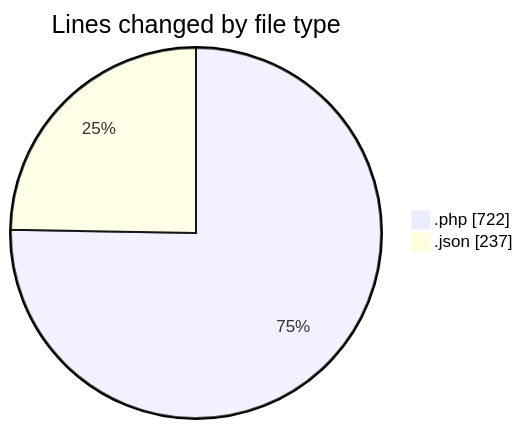
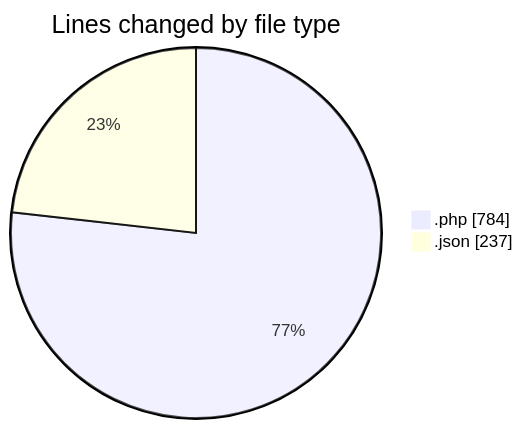
Before and after one commit to idhammustaqopulfikri/code-tracking: the first of 2 diagrams in 2025-05-30/studio-backend/README.md, drawn with Mermaid. The commit also changed other lines of this file and 1 other file, not shown here.

````diff
--- a/2025-05-30/studio-backend/README.md
+++ b/2025-05-30/studio-backend/README.md
@@ -29,6 +30,6 @@
 ```mermaid
 pie showData
 title Lines changed by file type
-".php" : 722
+".php" : 784
 ".json" : 237
 ```
````
